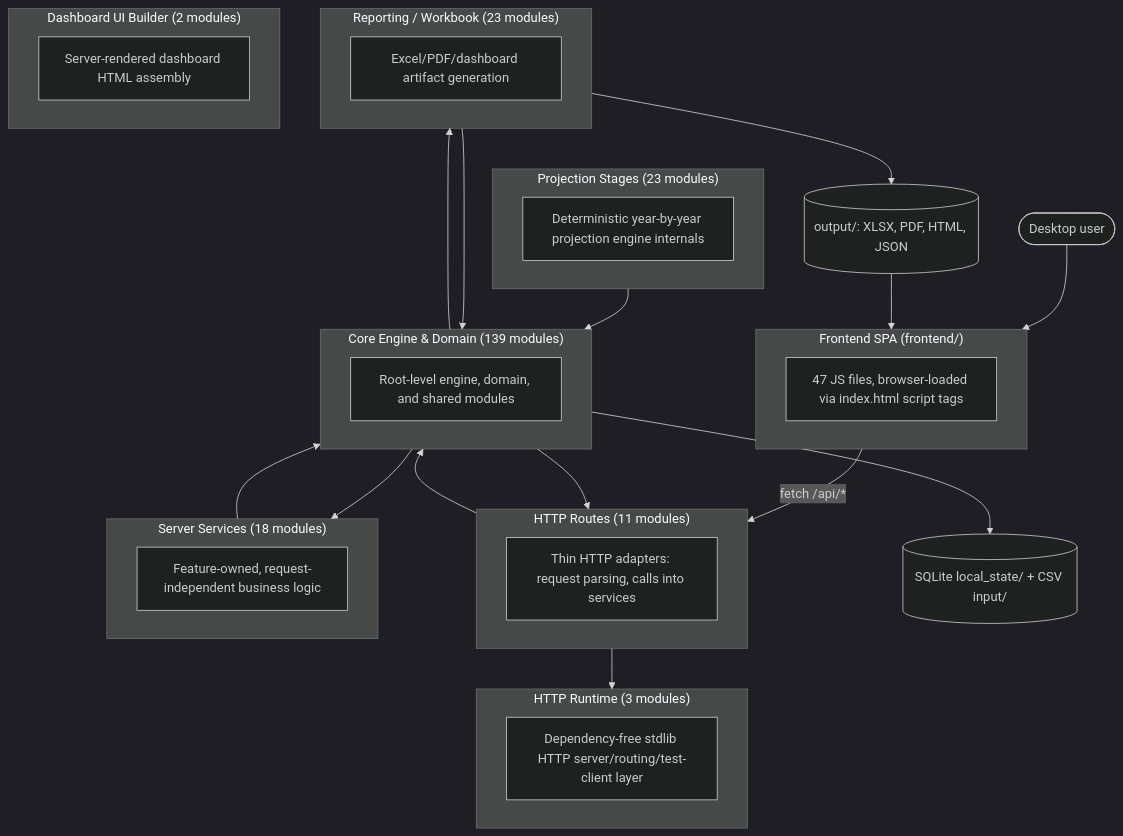
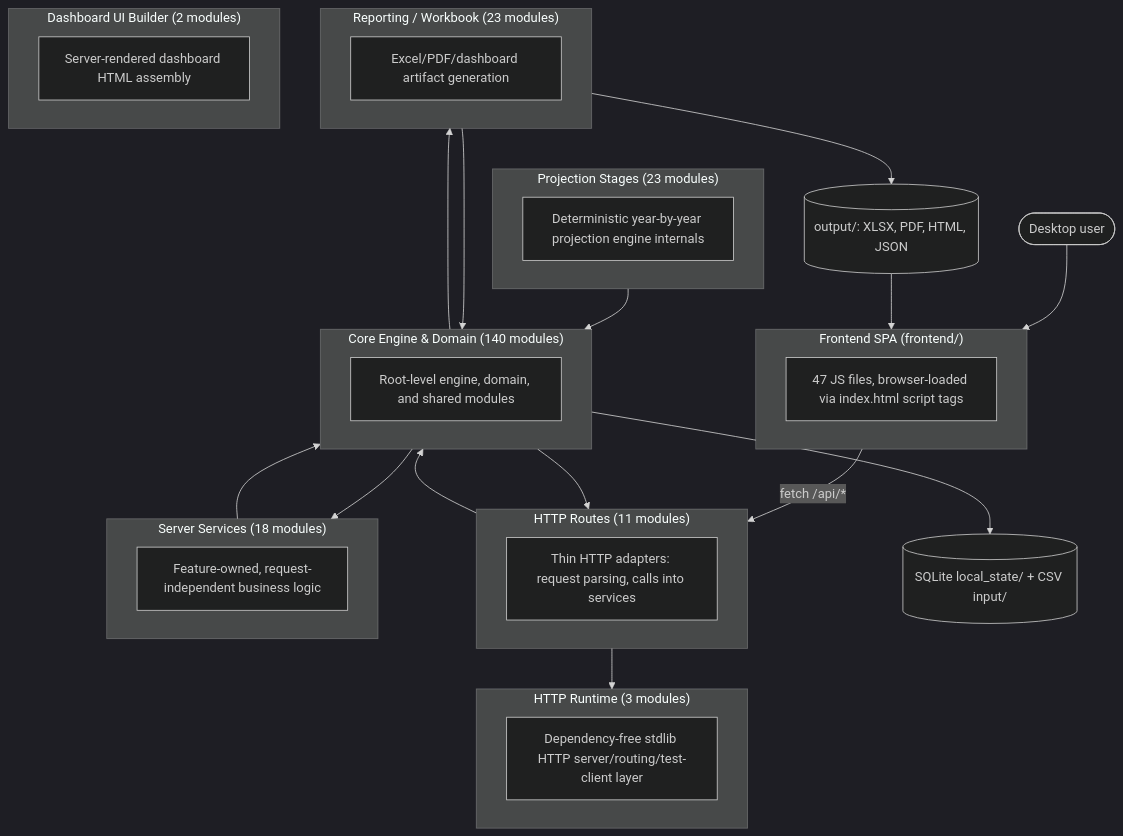
The first of 2 diagrams in documentation/reference/SYSTEM_ARCHITECTURE_DIAGRAM.md (matthartzman/retirement_system), drawn with Mermaid (dark theme) before and after one commit. The commit also changed other lines of this file and 5 other files, not shown here.

First line of the commit message:
WP4.3 wip: docs (PLAN_ROWS_MODEL write path, master plan status), file-I/O baseline 194, diagram, frontend comment

````diff
--- a/documentation/reference/SYSTEM_ARCHITECTURE_DIAGRAM.md
+++ b/documentation/reference/SYSTEM_ARCHITECTURE_DIAGRAM.md
@@ -11,40 +11,40 @@
 ```mermaid
 flowchart TB
     User(["Desktop user"]) --> FE
     subgraph FE["Frontend SPA (frontend/)"]
         FEcount["47 JS files, browser-loaded via index.html script tags"]
     end
     FE -->|fetch /api/*| L_HTTP_Routes
     subgraph L_HTTP_Routes["HTTP Routes (11 modules)"]
         L_HTTP_Routes_d["Thin HTTP adapters: request parsing, calls into services"]
     end
     subgraph L_Server_Services["Server Services (18 modules)"]
         L_Server_Services_d["Feature-owned, request-independent business logic"]
     end
     subgraph L_HTTP_Runtime["HTTP Runtime (3 modules)"]
         L_HTTP_Runtime_d["Dependency-free stdlib HTTP server/routing/test-client layer"]
     end
-    subgraph L_Core_Engine___Domain["Core Engine & Domain (139 modules)"]
+    subgraph L_Core_Engine___Domain["Core Engine & Domain (140 modules)"]
         L_Core_Engine___Domain_d["Root-level engine, domain, and shared modules"]
     end
     subgraph L_Projection_Stages["Projection Stages (23 modules)"]
         L_Projection_Stages_d["Deterministic year-by-year projection engine internals"]
     end
     subgraph L_Reporting___Workbook["Reporting / Workbook (23 modules)"]
         L_Reporting___Workbook_d["Excel/PDF/dashboard artifact generation"]
     end
     subgraph L_Dashboard_UI_Builder["Dashboard UI Builder (2 modules)"]
         L_Dashboard_UI_Builder_d["Server-rendered dashboard HTML assembly"]
     end
     L_Core_Engine___Domain --> L_HTTP_Routes
     L_Core_Engine___Domain --> L_Reporting___Workbook
     L_Core_Engine___Domain --> L_Server_Services
     L_HTTP_Routes --> L_Core_Engine___Domain
     L_HTTP_Routes --> L_HTTP_Runtime
     L_Projection_Stages --> L_Core_Engine___Domain
     L_Reporting___Workbook --> L_Core_Engine___Domain
     L_Server_Services --> L_Core_Engine___Domain
     L_Core_Engine___Domain --> DB[("SQLite local_state/ + CSV input/")]
     L_Reporting___Workbook --> Outputs[("output/: XLSX, PDF, HTML, JSON")]
     Outputs --> FE
 ```
````
